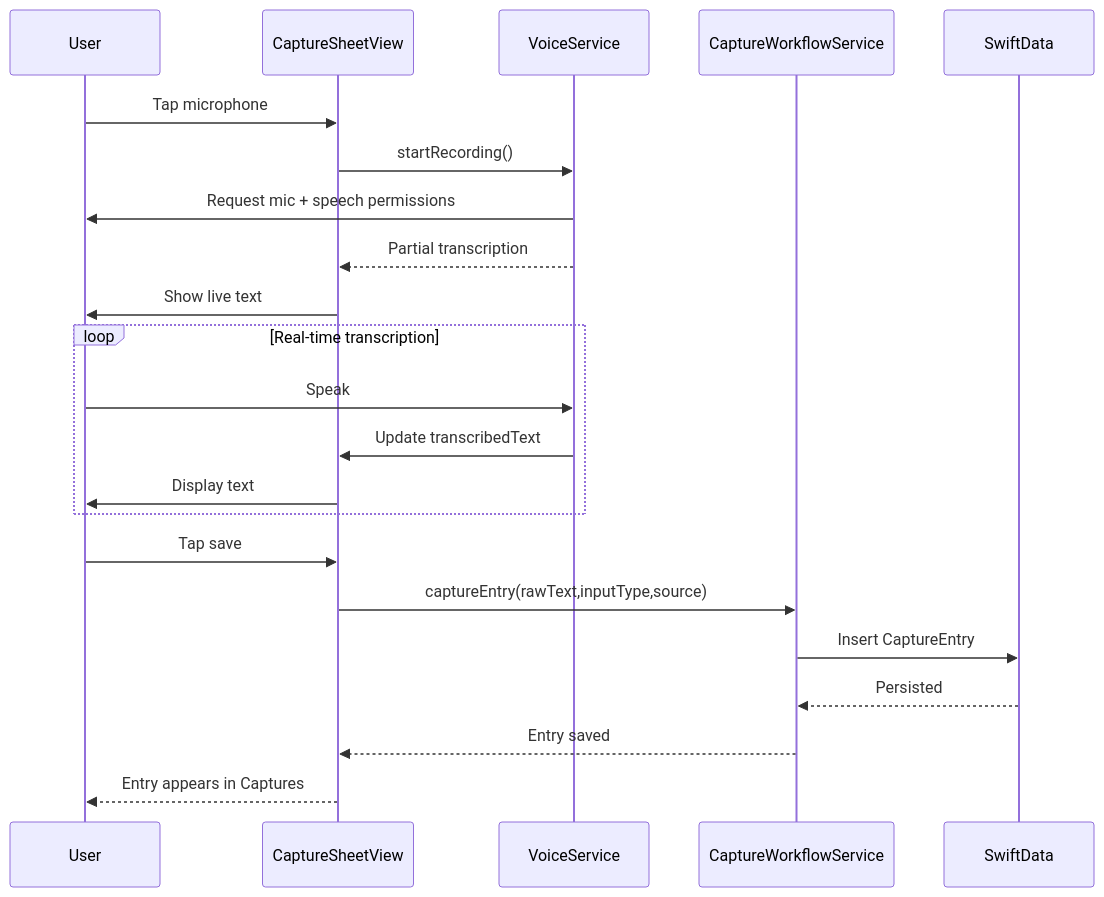
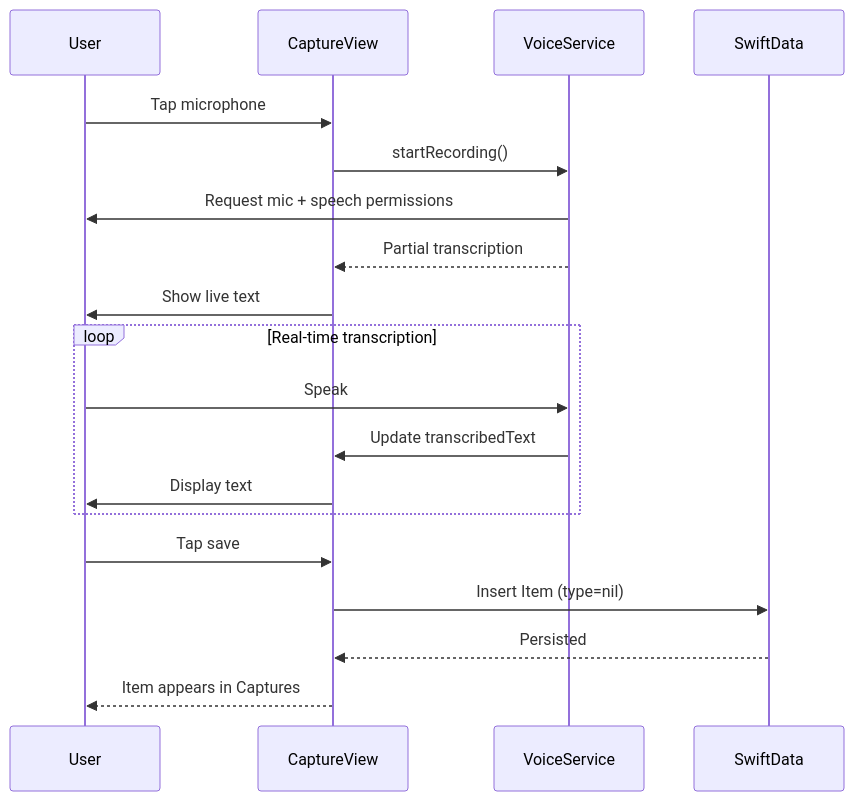
One commit to Will-Conklin/offload changed the fourth of 4 diagrams in README.md. Above: the diagram before and after it, drawn with Mermaid. The commit also changed other lines of this file and 3 other files, not shown here.

````diff
--- a/README.md
+++ b/README.md
@@ -234,27 +219,24 @@
 ```mermaid
 sequenceDiagram
     participant User
-    participant CaptureSheet as CaptureSheetView
+    participant CaptureView
     participant VoiceService
-    participant Workflow as CaptureWorkflowService
     participant SwiftData
 
-    User->>CaptureSheet: Tap microphone
-    CaptureSheet->>VoiceService: startRecording()
+    User->>CaptureView: Tap microphone
+    CaptureView->>VoiceService: startRecording()
     VoiceService->>User: Request mic + speech permissions
-    VoiceService-->>CaptureSheet: Partial transcription
-    CaptureSheet->>User: Show live text
+    VoiceService-->>CaptureView: Partial transcription
+    CaptureView->>User: Show live text
 
     loop Real-time transcription
         User->>VoiceService: Speak
-        VoiceService->>CaptureSheet: Update transcribedText
-        CaptureSheet->>User: Display text
+        VoiceService->>CaptureView: Update transcribedText
+        CaptureView->>User: Display text
     end
 
-    User->>CaptureSheet: Tap save
-    CaptureSheet->>Workflow: captureEntry(rawText,inputType,source)
-    Workflow->>SwiftData: Insert CaptureEntry
-    SwiftData-->>Workflow: Persisted
-    Workflow-->>CaptureSheet: Entry saved
-    CaptureSheet-->>User: Entry appears in Captures
+    User->>CaptureView: Tap save
+    CaptureView->>SwiftData: Insert Item (type=nil)
+    SwiftData-->>CaptureView: Persisted
+    CaptureView-->>User: Item appears in Captures
 ```
````
